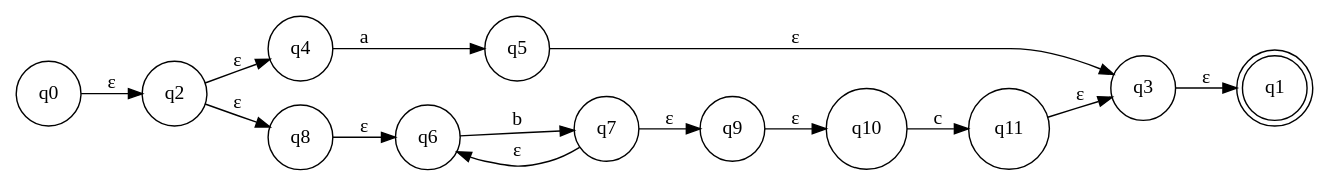
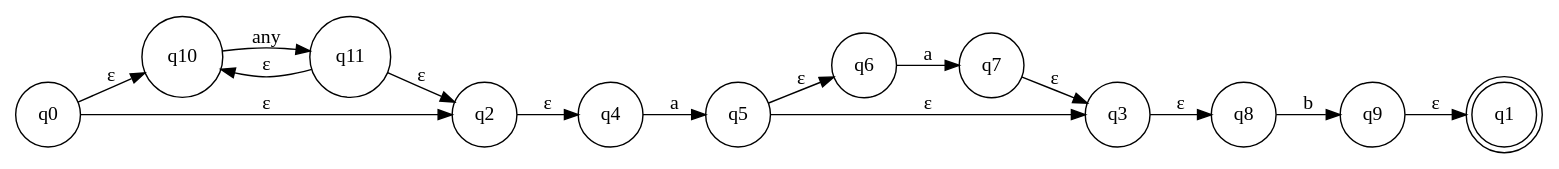
The diagram in nfa.dot (DjoCoding/regex), drawn with Graphviz before and after one commit. The commit also changed 10 other files, not shown here.

```diff
--- a/nfa.dot
+++ b/nfa.dot
@@ -1,29 +1,30 @@
 digraph NFA {
 	rankdir=LR;
 	node [shape=circle];
 	q0 [label="q0"];
-	q0 -> q2 [label="ε"];
+	q0 -> q10 [label="ε"];
+	q10 [label="q10"];
+	q10 -> q11 [label="any"];
+	q11 [label="q11"];
+	q11 -> q10 [label="ε"];
+	q11 -> q2 [label="ε"];
 	q2 [label="q2"];
 	q2 -> q4 [label="ε"];
 	q4 [label="q4"];
 	q4 -> q5 [label="a"];
 	q5 [label="q5"];
+	q5 -> q6 [label="ε"];
+	q6 [label="q6"];
+	q6 -> q7 [label="a"];
+	q7 [label="q7"];
+	q7 -> q3 [label="ε"];
+	q3 [label="q3"];
+	q3 -> q8 [label="ε"];
+	q8 [label="q8"];
+	q8 -> q9 [label="b"];
+	q9 [label="q9"];
+	q9 -> q1 [label="ε"];
+	q1 [shape=doublecircle];
 	q5 -> q3 [label="ε"];
-	q3 [label="q3"];
-	q3 -> q1 [label="ε"];
-	q1 [shape=doublecircle];
-	q2 -> q8 [label="ε"];
-	q8 [label="q8"];
-	q8 -> q6 [label="ε"];
-	q6 [label="q6"];
-	q6 -> q7 [label="b"];
-	q7 [label="q7"];
-	q7 -> q9 [label="ε"];
-	q9 [label="q9"];
-	q9 -> q10 [label="ε"];
-	q10 [label="q10"];
-	q10 -> q11 [label="c"];
-	q11 [label="q11"];
-	q11 -> q3 [label="ε"];
-	q7 -> q6 [label="ε"];
+	q0 -> q2 [label="ε"];
 }
```
